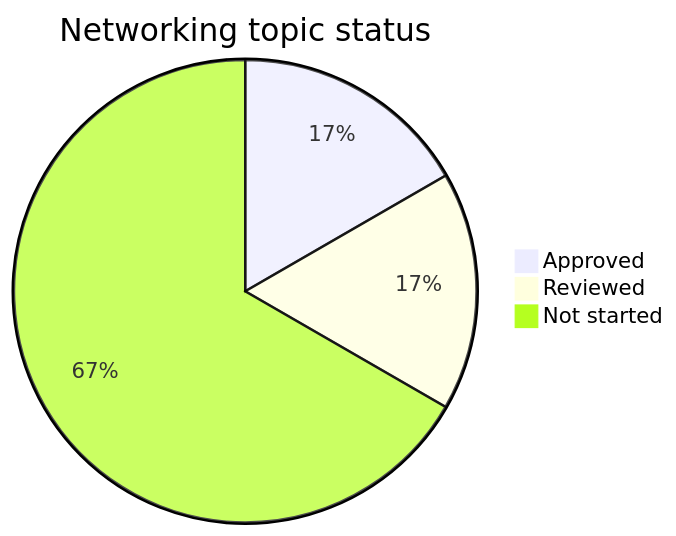
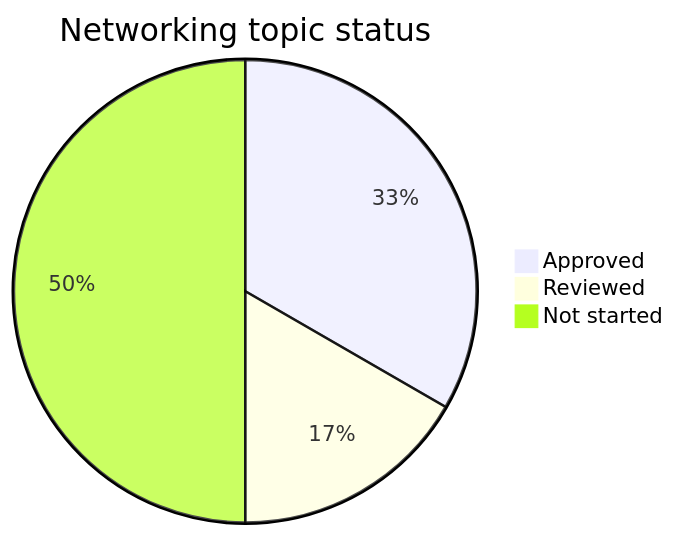
One commit to Zakoroo/computer_networks changed the first of 6 diagrams in PROGRESS.md. Above: the diagram before and after it, drawn with Mermaid. The commit also changed other lines of this file and 40 other files, not shown here.

````diff
--- a/PROGRESS.md
+++ b/PROGRESS.md
@@ -17,6 +17,6 @@
 ```mermaid
 pie title Networking topic status
-    "Approved" : 1
+    "Approved" : 2
     "Reviewed" : 1
-    "Not started" : 4
+    "Not started" : 3
 ```
````
